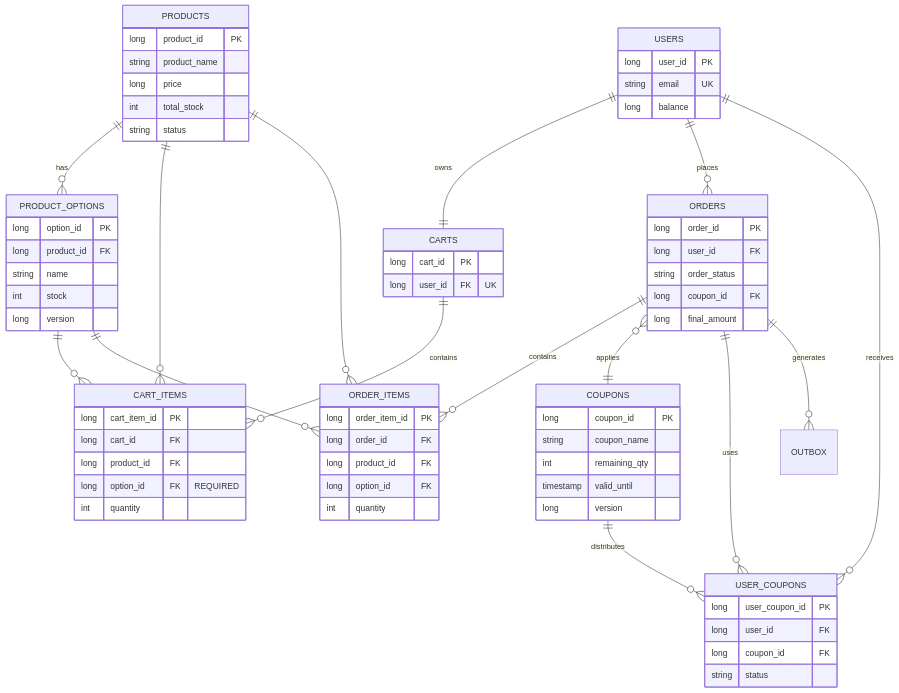
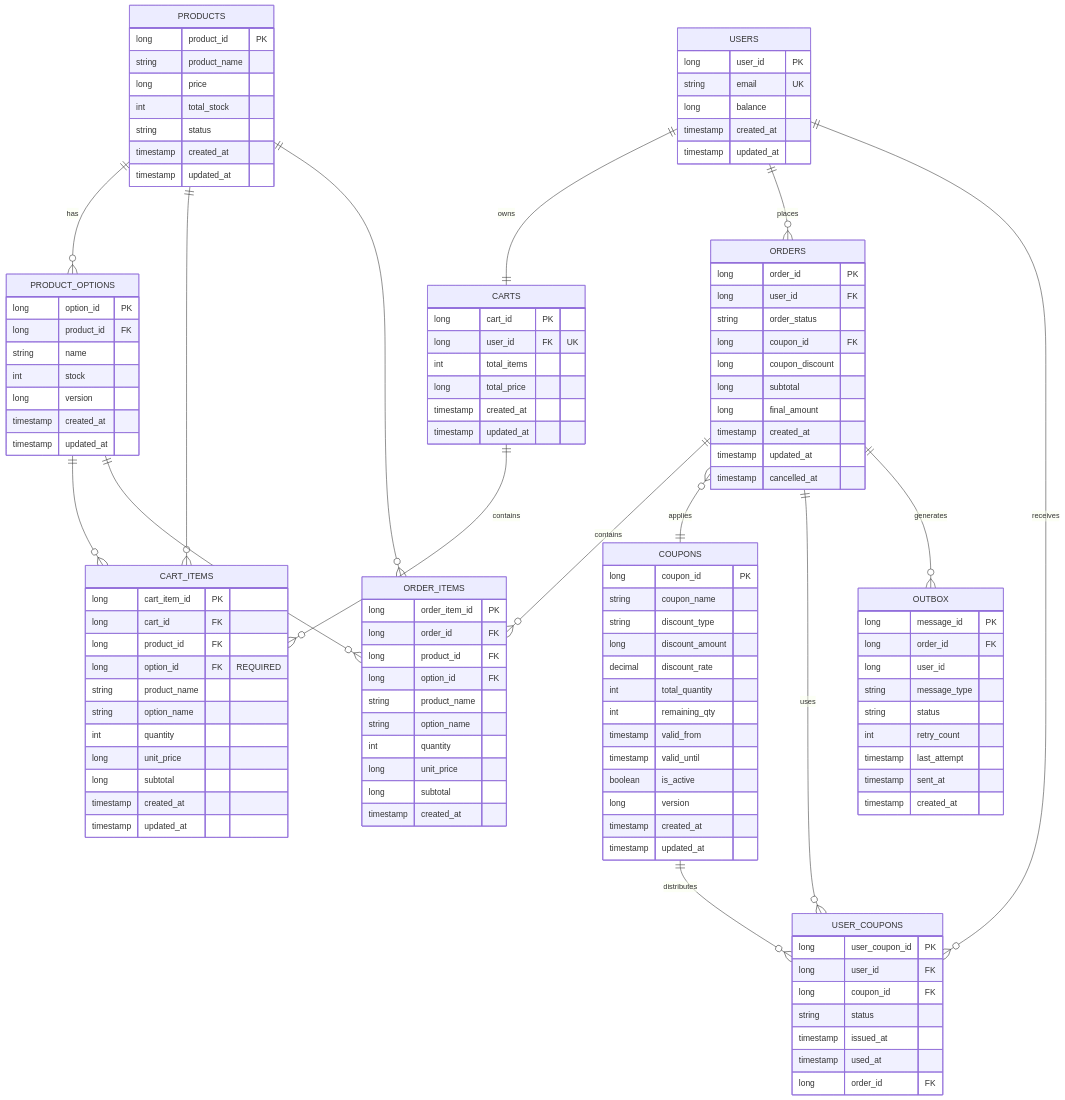
Before and after one commit to sujung00/e-commerce: the diagram in docs/api/data-models.md, drawn with Mermaid. The commit also changed other lines of this file, not shown here.

````diff
--- a/docs/api/data-models.md
+++ b/docs/api/data-models.md
@@ -186,6 +343,8 @@
         long user_id PK
         string email UK
         long balance
+        timestamp created_at
+        timestamp updated_at
     }
 
     PRODUCTS {
@@ -194,6 +353,8 @@
         long price
         int total_stock
         string status
+        timestamp created_at
+        timestamp updated_at
     }
 
     PRODUCT_OPTIONS {
@@ -202,11 +363,17 @@
         string name
         int stock
         long version
+        timestamp created_at
+        timestamp updated_at
     }
 
     CARTS {
         long cart_id PK
         long user_id FK "UK"
+        int total_items
+        long total_price
+        timestamp created_at
+        timestamp updated_at
     }
 
     CART_ITEMS {
@@ -214,7 +381,13 @@
         long cart_id FK
         long product_id FK
         long option_id FK "REQUIRED"
+        string product_name
+        string option_name
         int quantity
+        long unit_price
+        long subtotal
+        timestamp created_at
+        timestamp updated_at
     }
 
     ORDERS {
@@ -222,7 +395,12 @@
         long user_id FK
         string order_status
         long coupon_id FK
+        long coupon_discount
+        long subtotal
         long final_amount
+        timestamp created_at
+        timestamp updated_at
+        timestamp cancelled_at
     }
 
     ORDER_ITEMS {
@@ -230,15 +408,28 @@
         long order_id FK
         long product_id FK
         long option_id FK
+        string product_name
+        string option_name
         int quantity
+        long unit_price
+        long subtotal
+        timestamp created_at
     }
 
     COUPONS {
         long coupon_id PK
         string coupon_name
+        string discount_type
+        long discount_amount
+        decimal discount_rate
+        int total_quantity
         int remaining_qty
+        timestamp valid_from
         timestamp valid_until
+        boolean is_active
         long version
+        timestamp created_at
+        timestamp updated_at
     }
 
     USER_COUPONS {
@@ -246,5 +437,20 @@
         long user_id FK
         long coupon_id FK
         string status
+        timestamp issued_at
+        timestamp used_at
+        long order_id FK
+    }
+
+    OUTBOX {
+        long message_id PK
+        long order_id FK
+        long user_id
+        string message_type
+        string status
+        int retry_count
+        timestamp last_attempt
+        timestamp sent_at
+        timestamp created_at
     }
 ```
````
